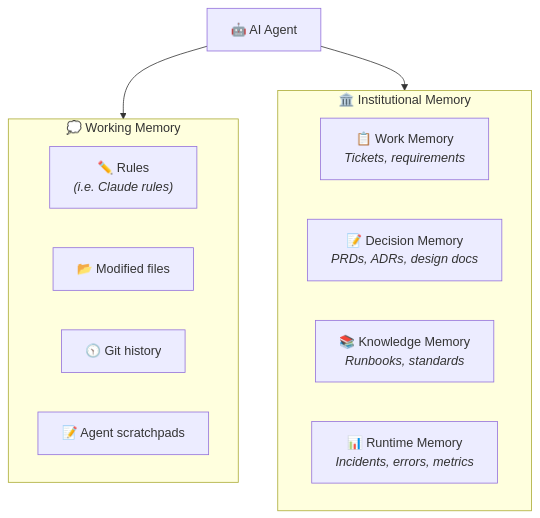
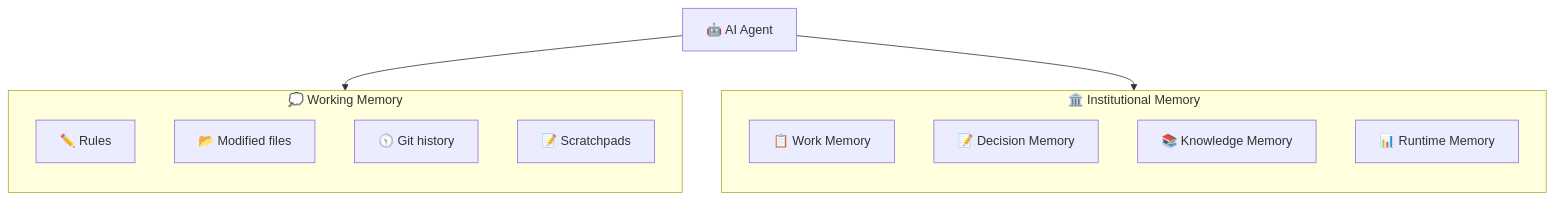
One commit to TheBushidoCollective/han changed the sixth of 13 diagrams in website/content/papers/ai-dlc-2026.md. Above: the diagram before and after it, drawn with Mermaid. The commit also changed other lines of this file, not shown here.

First line of the commit message:
fix(website): narrow wide Mermaid diagrams in AI-DLC paper

````diff
--- a/website/content/papers/ai-dlc-2026.md
+++ b/website/content/papers/ai-dlc-2026.md
@@ -349,19 +349,23 @@
 ```mermaid
 flowchart TB
+    Agent["🤖 AI Agent"]
+
     subgraph Filesystem["💭 Working Memory"]
-        F1["✏️ Rules<br/><i>(i.e. Claude rules)</i>"]
+        direction TB
+        F1["✏️ Rules"]
         F2["📂 Modified files"]
         F3["🕥 Git history"]
-        F4["📝 Agent scratchpads"]
+        F4["📝 Scratchpads"]
     end
 
     subgraph Organizational["🏛️ Institutional Memory"]
-        O1["📋 Work Memory<br/><i>Tickets, requirements</i>"]
-        O2["📝 Decision Memory<br/><i>PRDs, ADRs, design docs</i>"]
-        O3["📚 Knowledge Memory<br/><i>Runbooks, standards</i>"]
-        O4["📊 Runtime Memory<br/><i>Incidents, errors, metrics</i>"]
+        direction TB
+        O1["📋 Work Memory"]
+        O2["📝 Decision Memory"]
+        O3["📚 Knowledge Memory"]
+        O4["📊 Runtime Memory"]
     end
 
-    Agent["🤖 AI Agent"] --> Filesystem
+    Agent --> Filesystem
     Agent --> Organizational
 ```
````
